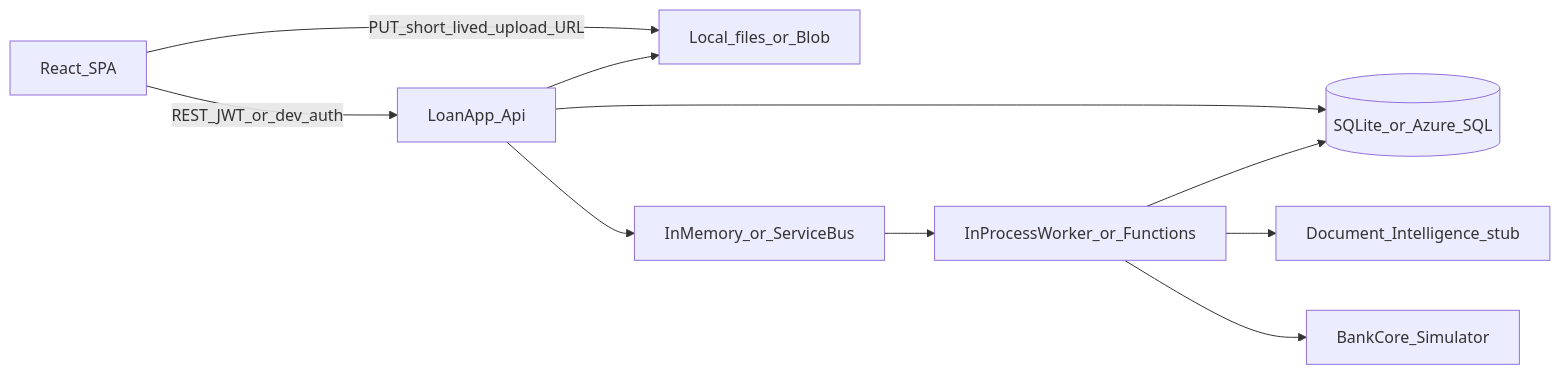
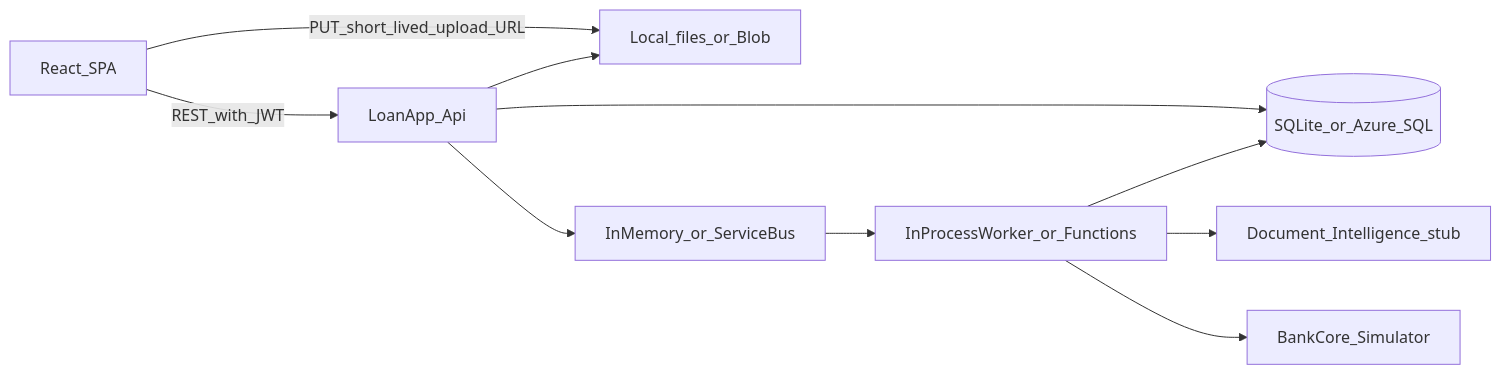
The first of 2 diagrams in SYSTEM_DESIGN.md (susovandas88/loan-app), drawn with Mermaid before and after one commit. The commit also changed other lines of this file and 29 other files, not shown here.

````diff
--- a/SYSTEM_DESIGN.md
+++ b/SYSTEM_DESIGN.md
@@ -31,21 +31,21 @@
 ```mermaid
 flowchart LR
   Browser[React_SPA]
   Api[LoanApp_Api]
   Db[(SQLite_or_Azure_SQL)]
   Blob[Local_files_or_Blob]
   Bus[InMemory_or_ServiceBus]
   Worker[InProcessWorker_or_Functions]
   Di[Document_Intelligence_stub]
   Bank[BankCore_Simulator]
 
-  Browser -->|"REST_JWT_or_dev_auth"| Api
+  Browser -->|"REST_with_JWT"| Api
   Browser -->|"PUT_short_lived_upload_URL"| Blob
   Api --> Db
   Api --> Blob
   Api --> Bus
   Bus --> Worker
   Worker --> Di
   Worker --> Db
   Worker --> Bank
 ```
````
